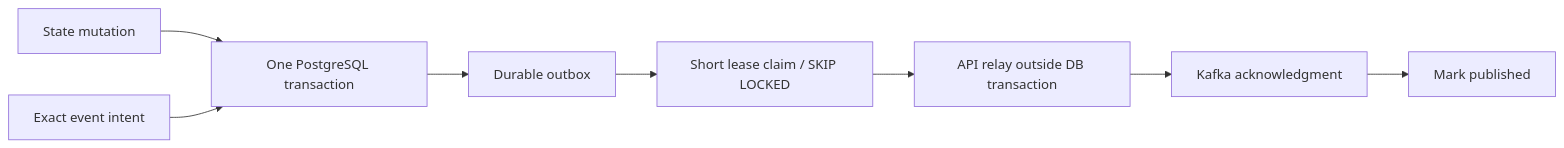
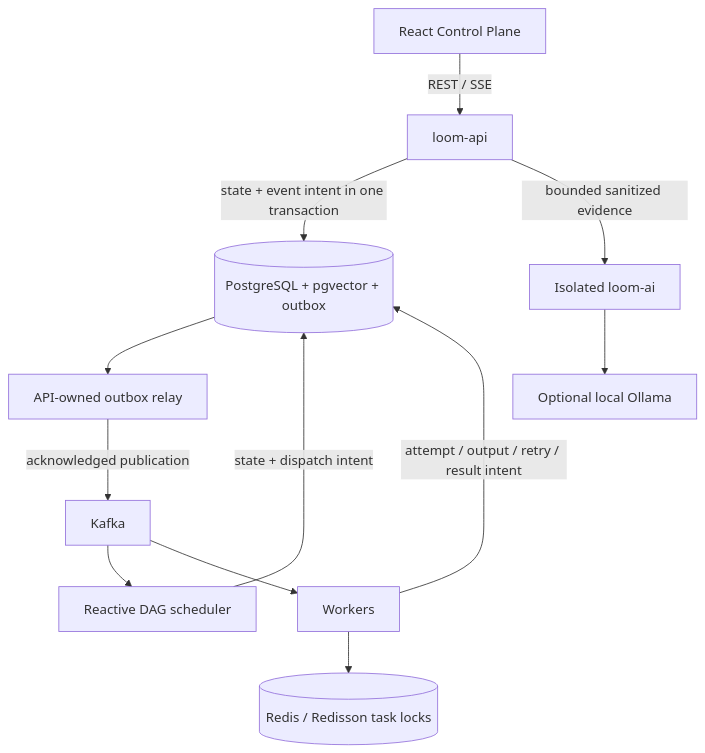
The first of 3 diagrams in README.md (tarunkishore2303/conductor), drawn with Mermaid before and after one commit. The commit also changed other lines of this file and 4 other files, not shown here.

````diff
--- a/README.md
+++ b/README.md
@@ -657,10 +31,14 @@
 ```mermaid
-flowchart LR
-    State[State mutation] --> Tx[One PostgreSQL transaction]
-    Intent[Exact event intent] --> Tx
-    Tx --> Outbox[Durable outbox]
-    Outbox --> Claim[Short lease claim / SKIP LOCKED]
-    Claim --> Relay[API relay outside DB transaction]
-    Relay --> Kafka[Kafka acknowledgment]
-    Kafka --> Mark[Mark published]
+flowchart TD
+    UI[React Control Plane] -->|REST / SSE| API[loom-api]
+    API -->|state + event intent in one transaction| PG[(PostgreSQL + pgvector + outbox)]
+    PG --> Relay[API-owned outbox relay]
+    Relay -->|acknowledged publication| Kafka[Kafka]
+    Kafka --> Scheduler[Reactive DAG scheduler]
+    Kafka --> Workers[Workers]
+    Scheduler -->|state + dispatch intent| PG
+    Workers -->|attempt / output / retry / result intent| PG
+    Workers --> Redis[(Redis / Redisson task locks)]
+    API -->|bounded sanitized evidence| AI[Isolated loom-ai]
+    AI --> Ollama[Optional local Ollama]
 ```
````
